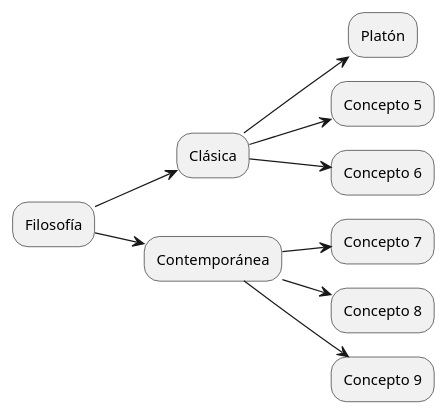
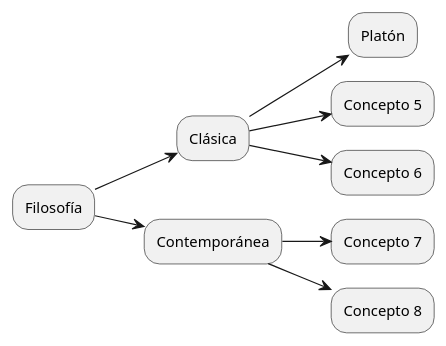
Before and after one commit to davidbp10/iw2023-2024-MovilUCA: the diagram in docs/diagrams/test.puml, drawn with PlantUML.

Commit message:
Update test.puml
test edit

```diff
--- a/docs/diagrams/test.puml
+++ b/docs/diagrams/test.puml
@@ -1,13 +1,12 @@
 @startuml test
 
 left to right direction
 
 "Filosofía" --> "Clásica"
 "Filosofía" --> "Contemporánea"
 "Clásica" --> Platón
 "Clásica" --> Concepto 5
 "Clásica" --> Concepto 6
 "Contemporánea" --> Concepto 7
 "Contemporánea" --> Concepto 8
-"Contemporánea" --> Concepto 9
 @enduml
```
